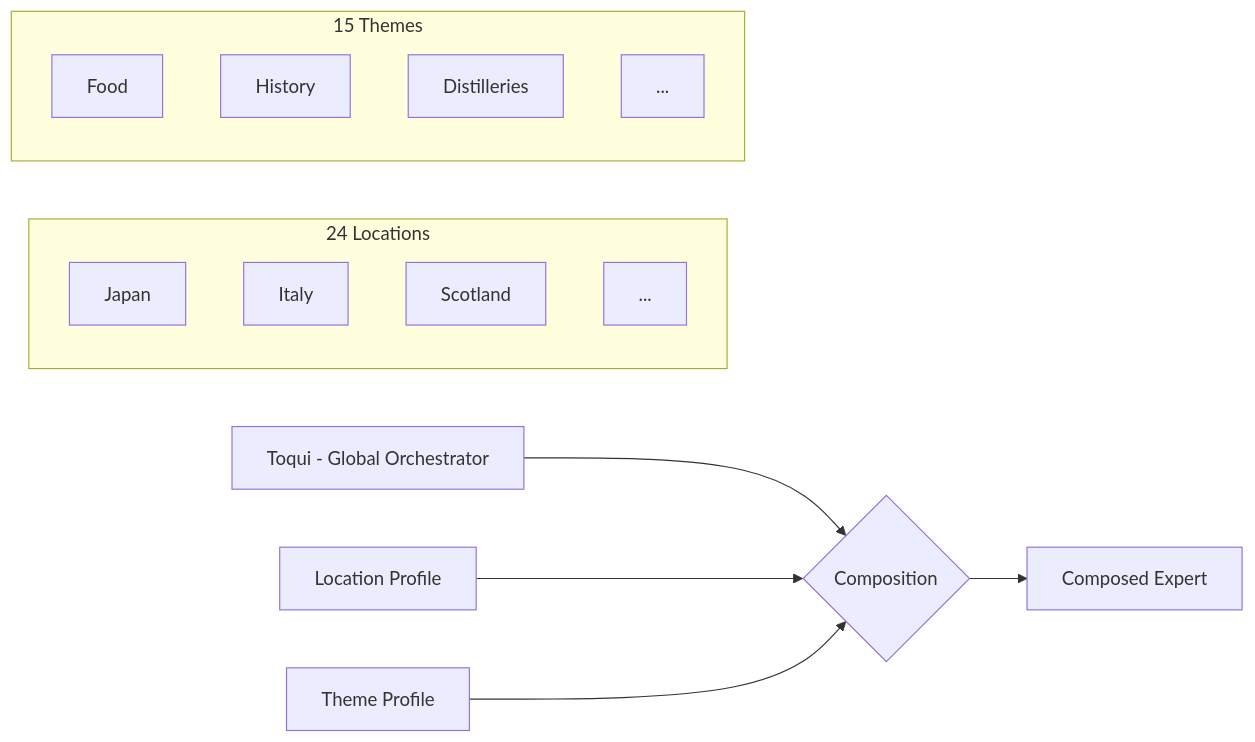
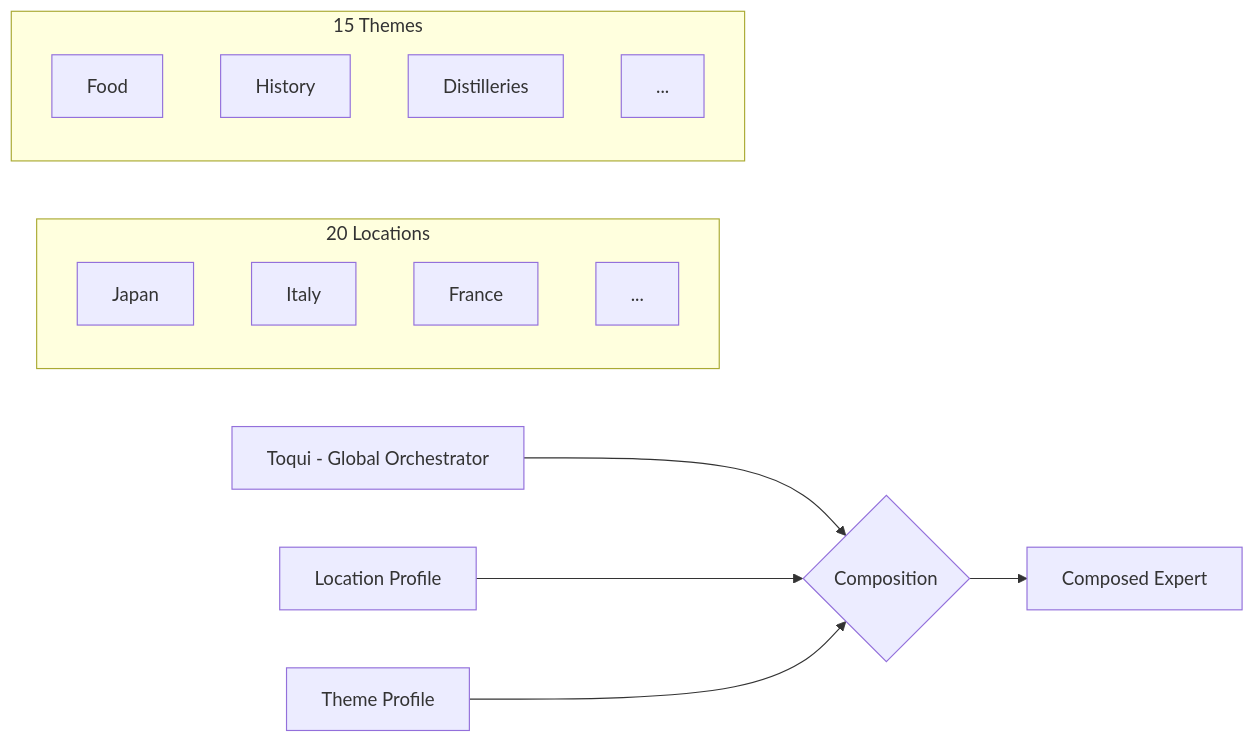
The third of 3 diagrams in CLAUDE.md (gallowaysoftware/toqui), drawn with Mermaid before and after one commit. The commit also changed other lines of this file and 3 other files, not shown here.

````diff
--- a/CLAUDE.md
+++ b/CLAUDE.md
@@ -130,21 +150,21 @@
 ```mermaid
 graph LR
     T[Toqui - Global Orchestrator] --> C{Composition}
     L[Location Profile] --> C
     TH[Theme Profile] --> C
     C --> E[Composed Expert]
 
-    subgraph "24 Locations"
+    subgraph "20 Locations"
         L1[Japan]
         L2[Italy]
-        L3[Scotland]
+        L3[France]
         L4[...]
     end
 
     subgraph "15 Themes"
         TH1[Food]
         TH2[History]
         TH3[Distilleries]
         TH4[...]
     end
 ```
````
